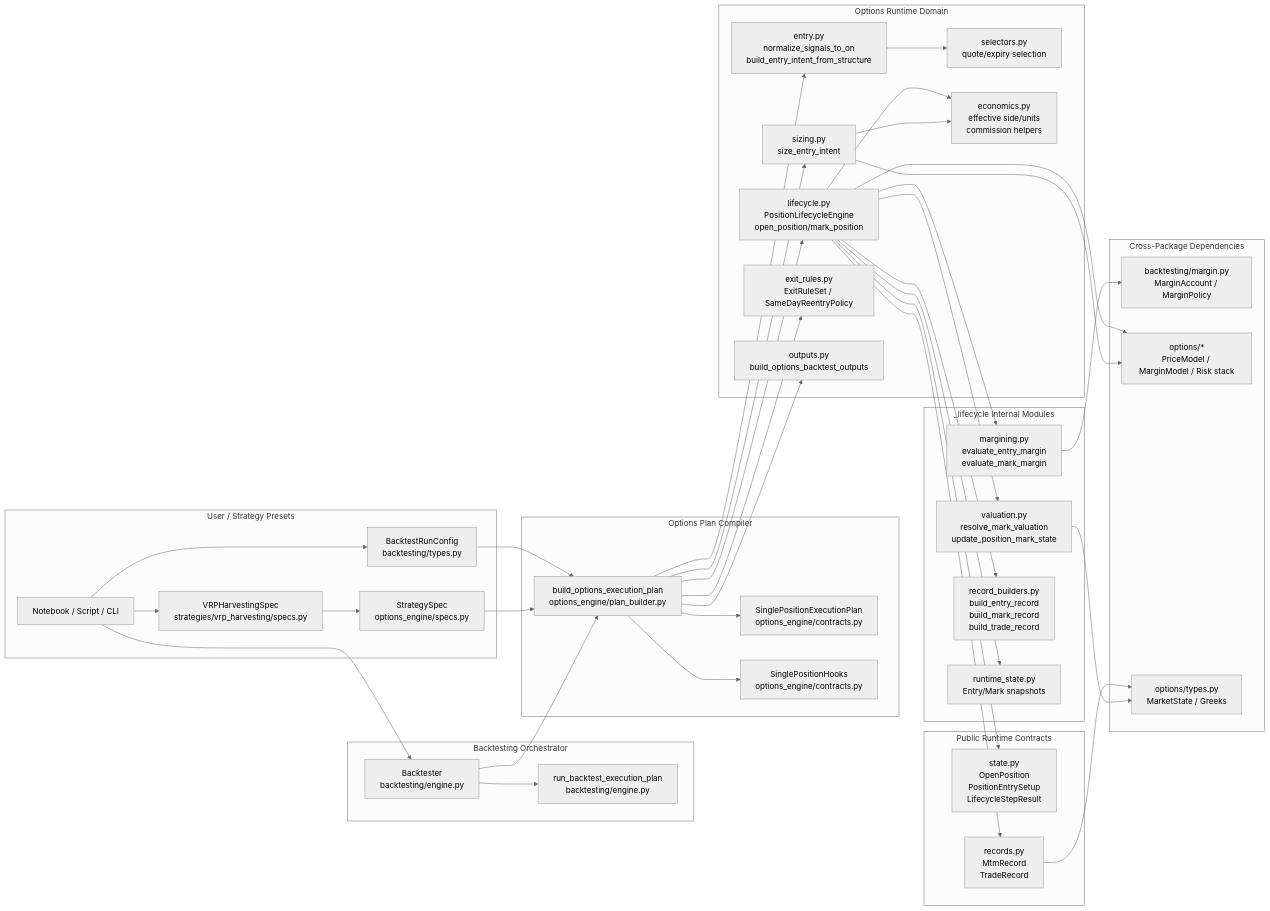
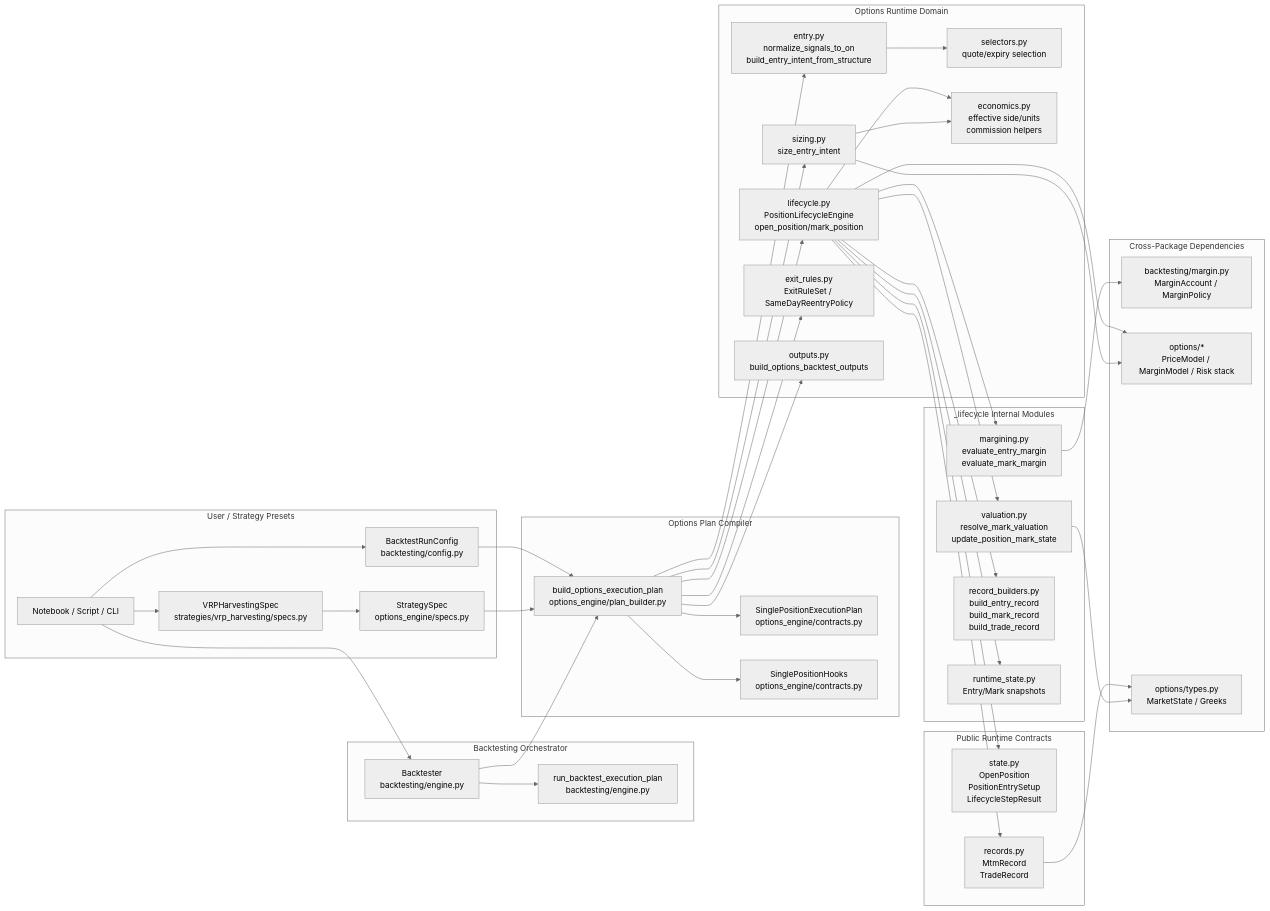
The first of 6 diagrams in docs/reference/options_backtesting_architecture_internals.md (anthonymakarewicz/volatility-trading), drawn with Mermaid (neutral theme) before and after one commit. The commit also changed 15 other files, not shown here.

Commit message:
refactor(backtesting): split overloaded types module into config, data contracts, and margin types

````diff
--- a/docs/reference/options_backtesting_architecture_internals.md
+++ b/docs/reference/options_backtesting_architecture_internals.md
@@ -23,77 +23,77 @@
 ```mermaid
 flowchart LR
     subgraph UserLayer[User / Strategy Presets]
         U1[Notebook / Script / CLI]
         U2[VRPHarvestingSpec\nstrategies/vrp_harvesting/specs.py]
         U3[StrategySpec\noptions_engine/specs.py]
-        U4[BacktestRunConfig\nbacktesting/types.py]
+        U4[BacktestRunConfig\nbacktesting/config.py]
     end
 
     subgraph Orchestrator[Backtesting Orchestrator]
         O1[Backtester\nbacktesting/engine.py]
         O2[run_backtest_execution_plan\nbacktesting/engine.py]
     end
 
     subgraph PlanCompiler[Options Plan Compiler]
         P1[build_options_execution_plan\noptions_engine/plan_builder.py]
         P2[SinglePositionExecutionPlan\noptions_engine/contracts.py]
         P3[SinglePositionHooks\noptions_engine/contracts.py]
     end
 
     subgraph RuntimeDomain[Options Runtime Domain]
         R1[entry.py\nnormalize_signals_to_on\nbuild_entry_intent_from_structure]
         R2[sizing.py\nsize_entry_intent]
         R3[lifecycle.py\nPositionLifecycleEngine\nopen_position/mark_position]
         R4[exit_rules.py\nExitRuleSet / SameDayReentryPolicy]
         R5[selectors.py\nquote/expiry selection]
         R6[economics.py\neffective side/units\ncommission helpers]
         R7[outputs.py\nbuild_options_backtest_outputs]
     end
 
     subgraph LifecycleInternals[_lifecycle Internal Modules]
         L1[valuation.py\nresolve_mark_valuation\nupdate_position_mark_state]
         L2[margining.py\nevaluate_entry_margin\nevaluate_mark_margin]
         L3[record_builders.py\nbuild_entry_record\nbuild_mark_record\nbuild_trade_record]
         L4[runtime_state.py\nEntry/Mark snapshots]
     end
 
     subgraph RuntimeContracts[Public Runtime Contracts]
         C1[state.py\nOpenPosition\nPositionEntrySetup\nLifecycleStepResult]
         C2[records.py\nMtmRecord\nTradeRecord]
     end
 
     subgraph ExternalDeps[Cross-Package Dependencies]
         X1[backtesting/margin.py\nMarginAccount / MarginPolicy]
         X2[options/*\nPriceModel / MarginModel / Risk stack]
         X3[options/types.py\nMarketState / Greeks]
     end
 
     U1 --> U2 --> U3
     U1 --> U4
     U1 --> O1
     O1 --> P1
     O1 --> O2
     U3 --> P1
     U4 --> P1
     P1 --> P2
     P1 --> P3
     P1 --> R1
     P1 --> R2
     P1 --> R3
     P1 --> R4
     P1 --> R7
     R1 --> R5
     R2 --> R6
     R3 --> R6
     R3 --> L1
     R3 --> L2
     R3 --> L3
     R3 --> L4
     R3 --> C1
     R3 --> C2
     L2 --> X1
     R2 --> X2
     R3 --> X2
     L1 --> X3
     C2 --> X3
 ```
````
